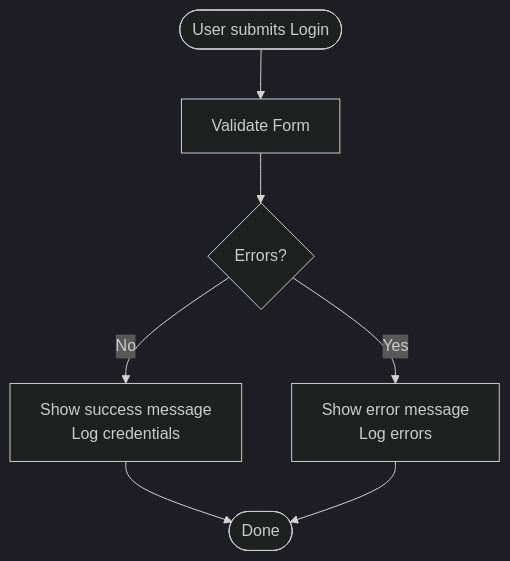
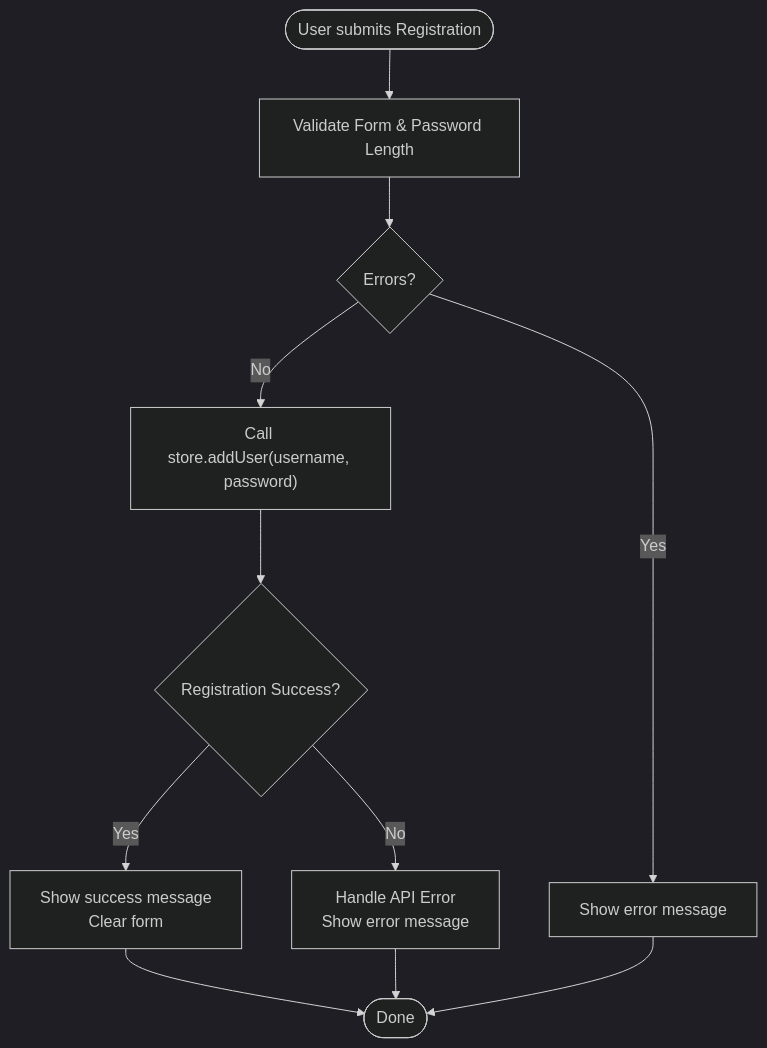
The sixth of 9 diagrams in .qoder/repowiki/en/content/Frontend Application/Frontend Application.md (xinyo/startora), drawn with Mermaid (dark theme) before and after one commit. The commit also changed other lines of this file and 19 other files, not shown here.

````diff
--- a/.qoder/repowiki/en/content/Frontend Application/Frontend Application.md
+++ b/.qoder/repowiki/en/content/Frontend Application/Frontend Application.md
@@ -262,9 +287,13 @@
 ```mermaid
 flowchart TD
-Enter(["User submits Login"]) --> Validate["Validate Form"]
+Enter(["User submits Registration"]) --> Validate["Validate Form & Password Length"]
 Validate --> Valid{"Errors?"}
-Valid --> |No| Success["Show success message<br/>Log credentials"]
-Valid --> |Yes| Errors["Show error message<br/>Log errors"]
-Success --> End(["Done"])
-Errors --> End
+Valid --> |No| CallStore["Call store.addUser(username, password)"]
+Valid --> |Yes| ShowErrors["Show error message"]
+CallStore --> StoreSuccess{"Registration Success?"}
+StoreSuccess --> |Yes| ShowSuccess["Show success message<br/>Clear form"]
+StoreSuccess --> |No| HandleError["Handle API Error<br/>Show error message"]
+ShowSuccess --> End(["Done"])
+ShowErrors --> End
+HandleError --> End
 ```
````
